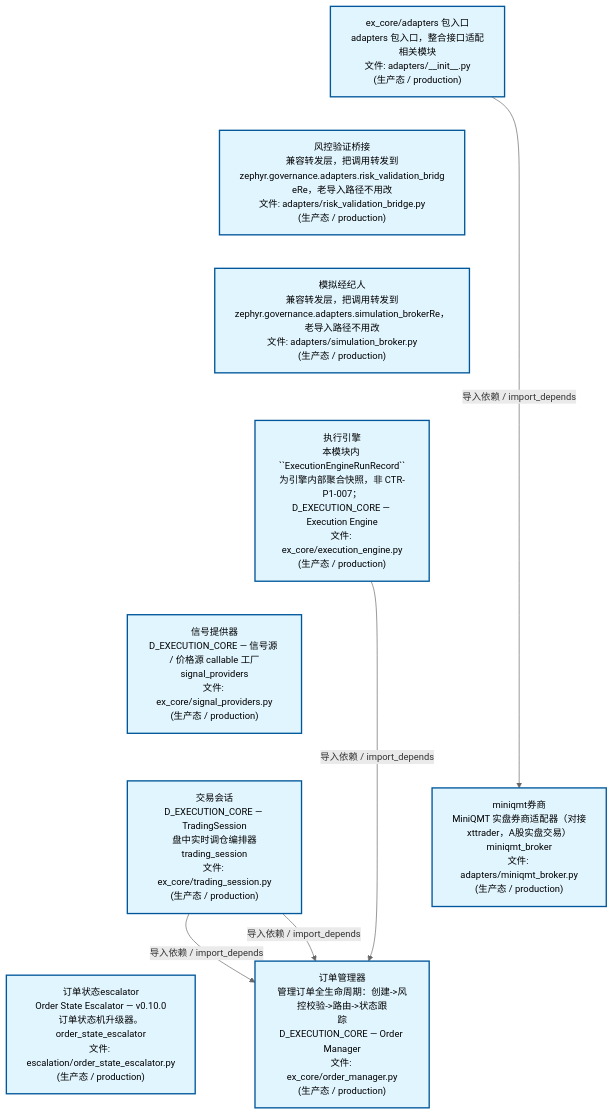
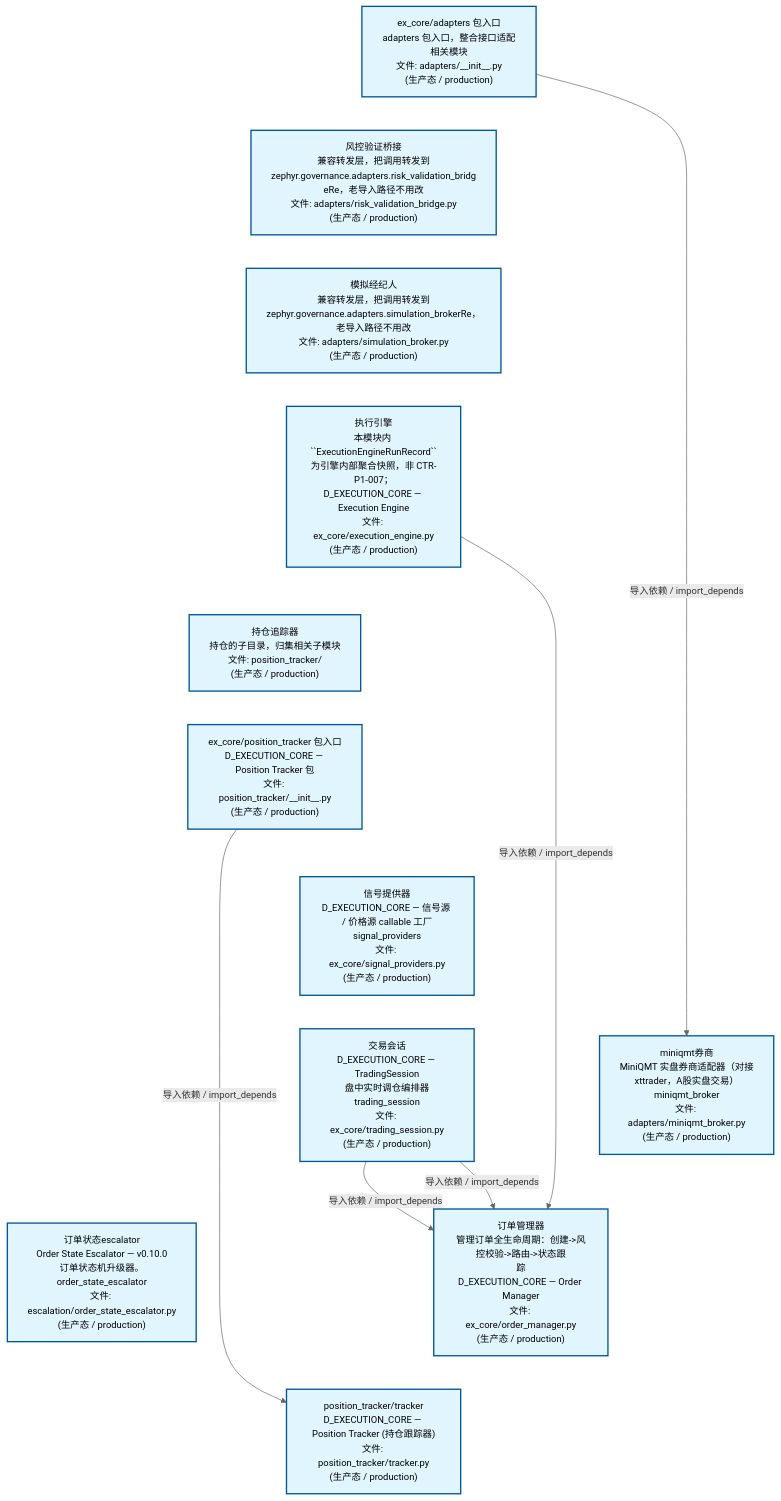
Before and after one commit to xuanFelixVan/ZephyrAlpha: the second of 4 diagrams in docs/02_enterprise_architecture/02_domain_architecture_docs/44_d_ex_core.md, drawn with Mermaid. The commit also changed other lines of this file and 40 other files, not shown here.

````diff
--- a/docs/02_enterprise_architecture/02_domain_architecture_docs/44_d_ex_core.md
+++ b/docs/02_enterprise_architecture/02_domain_architecture_docs/44_d_ex_core.md
@@ -206,29 +211,36 @@
 ```mermaid
 %%{init: {'theme': 'base', 'themeVariables': {'primaryColor': '#eaeaea', 'primaryTextColor': '#333333', 'primaryBorderColor': '#666666', 'lineColor': '#666666', 'secondaryColor': '#eaeaea', 'tertiaryColor': '#eaeaea', 'fontSize': '14px'}}}%%
 flowchart TD
     src_zephyr_ex_core_adapters_init_py["ex_core/adapters 包入口<br/>adapters 包入口，整合接口适配相关模块<br/>文件: adapters/__init__.py<br/>(生产态 / production)"]
     src_zephyr_ex_core_adapters_risk_validation_bridge_py["风控验证桥接<br/>兼容转发层，把调用转发到<br/>zephyr.governance.adapters.risk_validation_bridg<br/>eRe，老导入路径不用改<br/>文件: adapters/risk_validation_bridge.py<br/>(生产态 / production)"]
     src_zephyr_ex_core_adapters_simulation_broker_py["模拟经纪人<br/>兼容转发层，把调用转发到<br/>zephyr.governance.adapters.simulation_brokerRe，<br/>老导入路径不用改<br/>文件: adapters/simulation_broker.py<br/>(生产态 / production)"]
     src_zephyr_ex_core_execution_engine_py["执行引擎<br/>本模块内 ``ExecutionEngineRunRecord``<br/>为引擎内部聚合快照，非 CTR-P1-007；<br/>D_EXECUTION_CORE — Execution Engine<br/>文件: ex_core/execution_engine.py<br/>(生产态 / production)"]
+    src_zephyr_ex_core_position_tracker["持仓追踪器<br/>持仓的子目录，归集相关子模块<br/>文件: position_tracker/<br/>(生产态 / production)"]
+    src_zephyr_ex_core_position_tracker_init_py["ex_core/position_tracker 包入口<br/>D_EXECUTION_CORE — Position Tracker 包<br/>文件: position_tracker/__init__.py<br/>(生产态 / production)"]
     src_zephyr_ex_core_signal_providers_py["信号提供器<br/>D_EXECUTION_CORE — 信号源 / 价格源 callable 工厂<br/>signal_providers<br/>文件: ex_core/signal_providers.py<br/>(生产态 / production)"]
     src_zephyr_ex_core_trading_session_py["交易会话<br/>D_EXECUTION_CORE — TradingSession<br/>盘中实时调仓编排器<br/>trading_session<br/>文件: ex_core/trading_session.py<br/>(生产态 / production)"]
     src_zephyr_governance_escalation_order_state_escalator_py["订单状态escalator<br/>Order State Escalator — v0.10.0<br/>订单状态机升级器。<br/>order_state_escalator<br/>文件: escalation/order_state_escalator.py<br/>(生产态 / production)"]
     src_zephyr_ex_core_adapters_init_py ~~~ src_zephyr_ex_core_adapters_risk_validation_bridge_py
     src_zephyr_ex_core_adapters_risk_validation_bridge_py ~~~ src_zephyr_ex_core_adapters_simulation_broker_py
     src_zephyr_ex_core_adapters_simulation_broker_py ~~~ src_zephyr_ex_core_execution_engine_py
-    src_zephyr_ex_core_execution_engine_py ~~~ src_zephyr_ex_core_signal_providers_py
+    src_zephyr_ex_core_execution_engine_py ~~~ src_zephyr_ex_core_position_tracker
+    src_zephyr_ex_core_position_tracker ~~~ src_zephyr_ex_core_position_tracker_init_py
+    src_zephyr_ex_core_position_tracker_init_py ~~~ src_zephyr_ex_core_signal_providers_py
     src_zephyr_ex_core_signal_providers_py ~~~ src_zephyr_ex_core_trading_session_py
     src_zephyr_ex_core_trading_session_py ~~~ src_zephyr_governance_escalation_order_state_escalator_py
     src_zephyr_ex_core_adapters_miniqmt_broker_py["miniqmt券商<br/>MiniQMT 实盘券商适配器（对接<br/>xttrader，A股实盘交易）<br/>miniqmt_broker<br/>文件: adapters/miniqmt_broker.py<br/>(生产态 / production)"]
     src_zephyr_ex_core_order_manager_py["订单管理器<br/>管理订单全生命周期：创建->风控校验->路由->状态跟<br/>踪<br/>D_EXECUTION_CORE — Order Manager<br/>文件: ex_core/order_manager.py<br/>(生产态 / production)"]
+    src_zephyr_ex_core_position_tracker_tracker_py["position_tracker/tracker<br/>D_EXECUTION_CORE — Position Tracker (持仓跟踪器)<br/>文件: position_tracker/tracker.py<br/>(生产态 / production)"]
     src_zephyr_ex_core_adapters_miniqmt_broker_py ~~~ src_zephyr_ex_core_order_manager_py
+    src_zephyr_ex_core_order_manager_py ~~~ src_zephyr_ex_core_position_tracker_tracker_py
     src_zephyr_ex_core_execution_engine_py -->|导入依赖 / import_depends| src_zephyr_ex_core_order_manager_py
     src_zephyr_ex_core_trading_session_py -->|导入依赖 / import_depends| src_zephyr_ex_core_order_manager_py
     src_zephyr_ex_core_trading_session_py -->|导入依赖 / import_depends| src_zephyr_ex_core_order_manager_py
     src_zephyr_ex_core_adapters_init_py -->|导入依赖 / import_depends| src_zephyr_ex_core_adapters_miniqmt_broker_py
+    src_zephyr_ex_core_position_tracker_init_py -->|导入依赖 / import_depends| src_zephyr_ex_core_position_tracker_tracker_py
     classDef production fill:#e1f5fe,stroke:#01579b,stroke-width:2px,color:#000
     classDef design fill:#fff3e0,stroke:#e65100,stroke-width:2px,color:#000,stroke-dasharray: 5 5
     classDef external_prod fill:#e8f4fd,stroke:#0277bd,stroke-width:1px,color:#000
     classDef external_design fill:#fff8e7,stroke:#ef6c00,stroke-width:1px,color:#000,stroke-dasharray: 5 5
-    class src_zephyr_ex_core_adapters_init_py,src_zephyr_ex_core_adapters_miniqmt_broker_py,src_zephyr_ex_core_adapters_risk_validation_bridge_py,src_zephyr_ex_core_adapters_simulation_broker_py,src_zephyr_ex_core_execution_engine_py,src_zephyr_ex_core_order_manager_py,src_zephyr_ex_core_signal_providers_py,src_zephyr_ex_core_trading_session_py,src_zephyr_governance_escalation_order_state_escalator_py production
+    class src_zephyr_ex_core_adapters_init_py,src_zephyr_ex_core_adapters_miniqmt_broker_py,src_zephyr_ex_core_adapters_risk_validation_bridge_py,src_zephyr_ex_core_adapters_simulation_broker_py,src_zephyr_ex_core_execution_engine_py,src_zephyr_ex_core_order_manager_py,src_zephyr_ex_core_position_tracker,src_zephyr_ex_core_position_tracker_init_py,src_zephyr_ex_core_position_tracker_tracker_py,src_zephyr_ex_core_signal_providers_py,src_zephyr_ex_core_trading_session_py,src_zephyr_governance_escalation_order_state_escalator_py production
 ```
````
